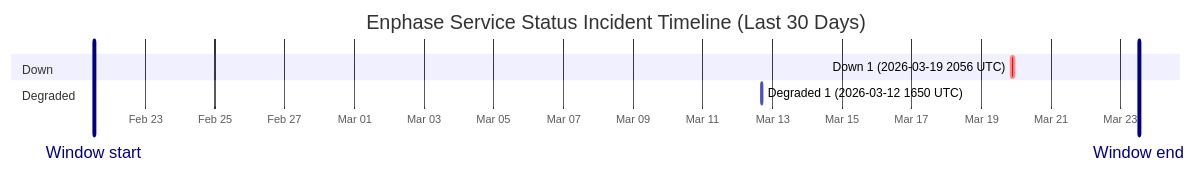
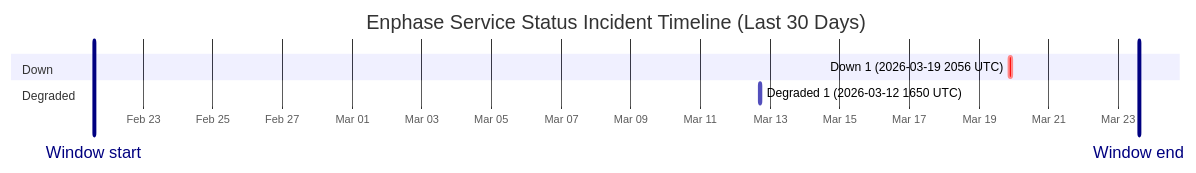
The diagram in wiki/Service-Status-History.md (barneyonline/ha-enphase-ev-charger), drawn with Mermaid before and after one commit. The commit also changed other lines of this file and 3 other files, not shown here.

````diff
--- a/wiki/Service-Status-History.md
+++ b/wiki/Service-Status-History.md
@@ -14,12 +14,12 @@
 ```mermaid
 gantt
     title Enphase Service Status Incident Timeline (Last 30 Days)
     dateFormat  YYYY-MM-DDTHH:mm:ss
     axisFormat  %b %d
-    Window start :vert, window-start, 2026-02-21T12:43:06, 0ms
-    Window end :vert, window-end, 2026-03-23T12:43:06, 0ms
+    Window start :vert, window-start, 2026-02-21T14:08:30, 0ms
+    Window end :vert, window-end, 2026-03-23T14:08:30, 0ms
     section Down
     Down 1 (2026-03-19 2056 UTC) :crit, down-1, 2026-03-19T20:56:20, 145m
     section Degraded
     Degraded 1 (2026-03-12 1650 UTC) :active, degraded-1, 2026-03-12T16:50:43, 60m
 ```
````
